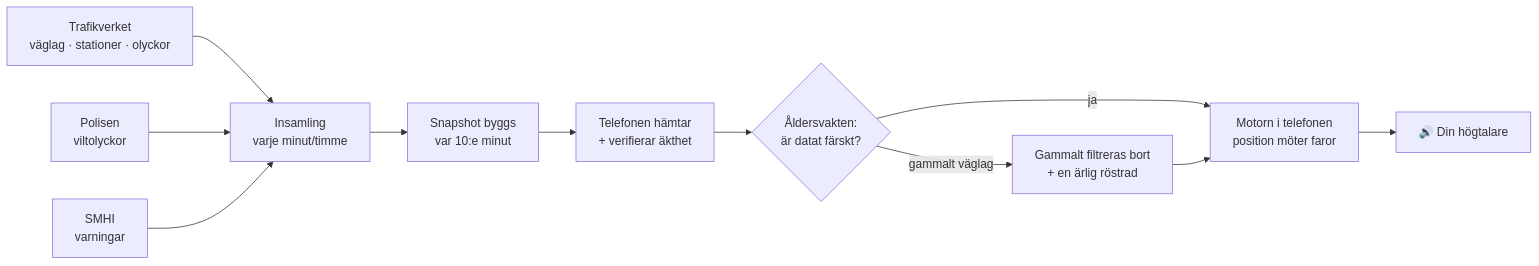
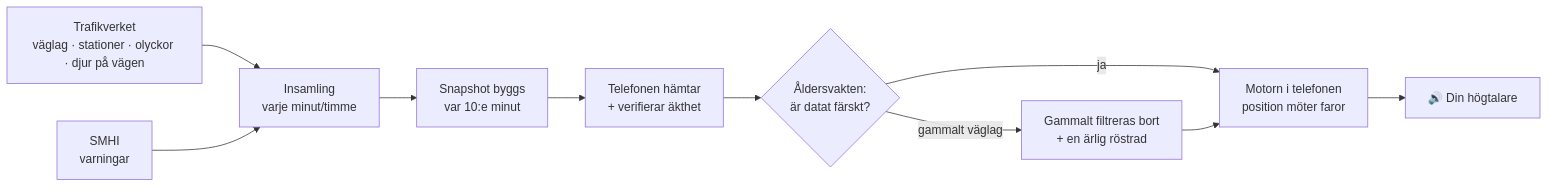
One commit to Axelstar/Halkvakt changed the second of 4 diagrams in docs/PRODUKTBOK.md. Above: the diagram before and after it, drawn with Mermaid. The commit also changed other lines of this file and 25 other files, not shown here.

First line of the commit message:
Viltvarningen på Trafikverkets djur på vägen: A–D byggt (kort #241, DECISIONS #318)

````diff
--- a/docs/PRODUKTBOK.md
+++ b/docs/PRODUKTBOK.md
@@ -211,13 +211,12 @@
 ```mermaid
 flowchart LR
-    TV[Trafikverket<br/>väglag · stationer · olyckor] --> I[Insamling<br/>varje minut/timme]
-    PO[Polisen<br/>viltolyckor] --> I
+    TV[Trafikverket<br/>väglag · stationer · olyckor · djur på vägen] --> I[Insamling<br/>varje minut/timme]
     SM[SMHI<br/>varningar] --> I
     I --> S[Snapshot byggs<br/>var 10:e minut]
     S --> T[Telefonen hämtar<br/>+ verifierar äkthet]
     T --> Å{Åldersvakten:<br/>är datat färskt?}
     Å -- ja --> M[Motorn i telefonen<br/>position möter faror]
     Å -- "gammalt väglag" --> M2[Gammalt filtreras bort<br/>+ en ärlig röstrad]
     M2 --> M
     M --> R[🔊 Din högtalare]
 ```
````
